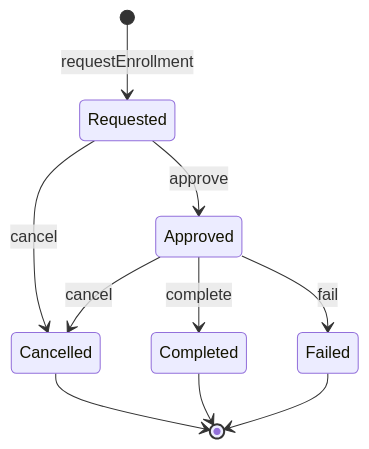
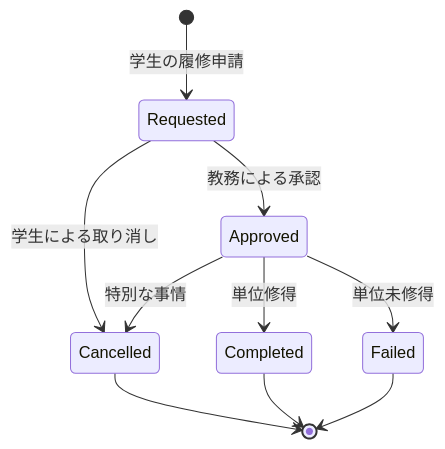
The diagram in sample.md (haru01/take7_functional_ddd_sample), drawn with Mermaid before and after one commit. The commit also changed other lines of this file and 1 other file, not shown here.

````diff
--- a/sample.md
+++ b/sample.md
@@ -101,12 +274,12 @@
 ```mermaid
 stateDiagram-v2
-    [*] --> Requested: requestEnrollment
-    Requested --> Approved: approve
-    Requested --> Cancelled: cancel
-    Approved --> Cancelled: cancel
-    Approved --> Completed: complete
-    Approved --> Failed: fail
+    [*] --> Requested: 学生の履修申請
+    Requested --> Approved: 教務による承認
+    Requested --> Cancelled: 学生による取り消し
+    Approved --> Cancelled: 特別な事情
+    Approved --> Completed: 単位修得
+    Approved --> Failed: 単位未修得
     Cancelled --> [*]
     Completed --> [*]
     Failed --> [*]
 ```
````
